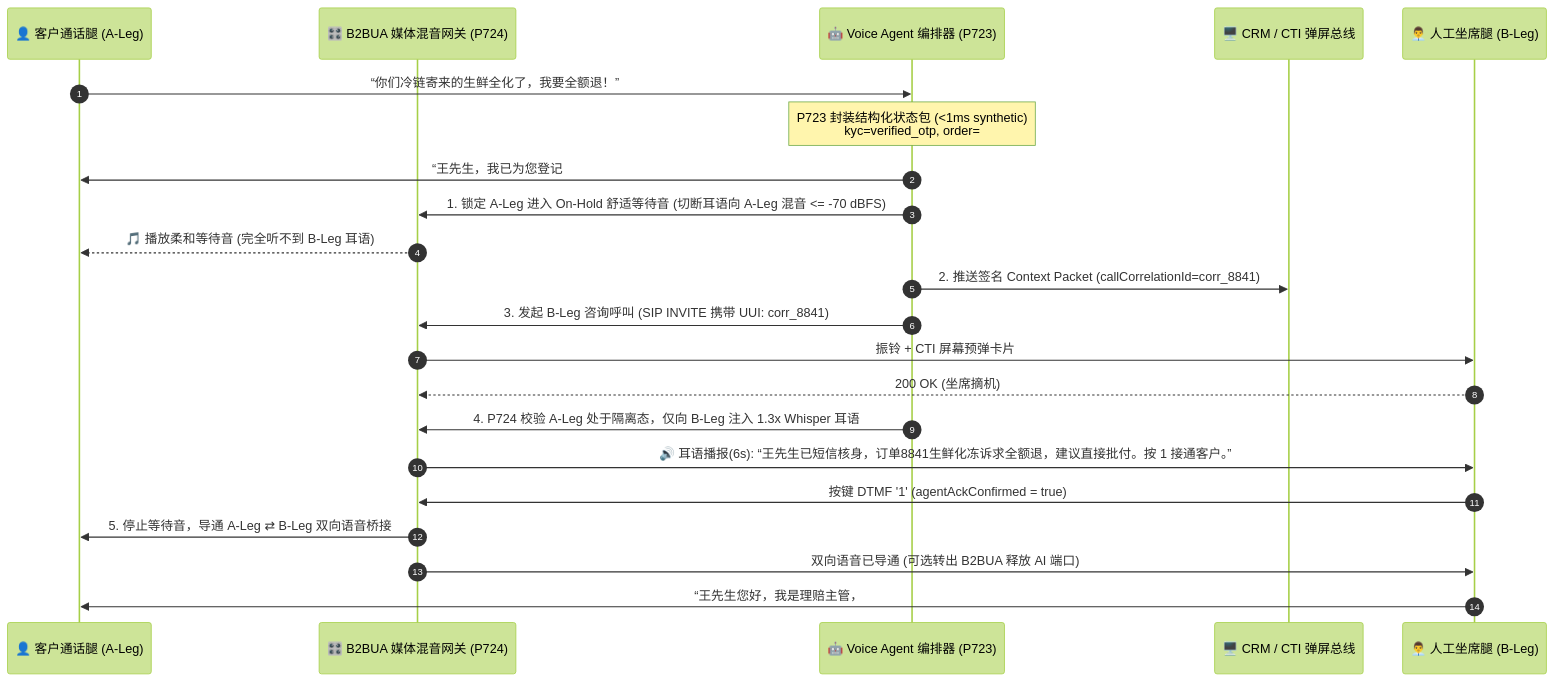
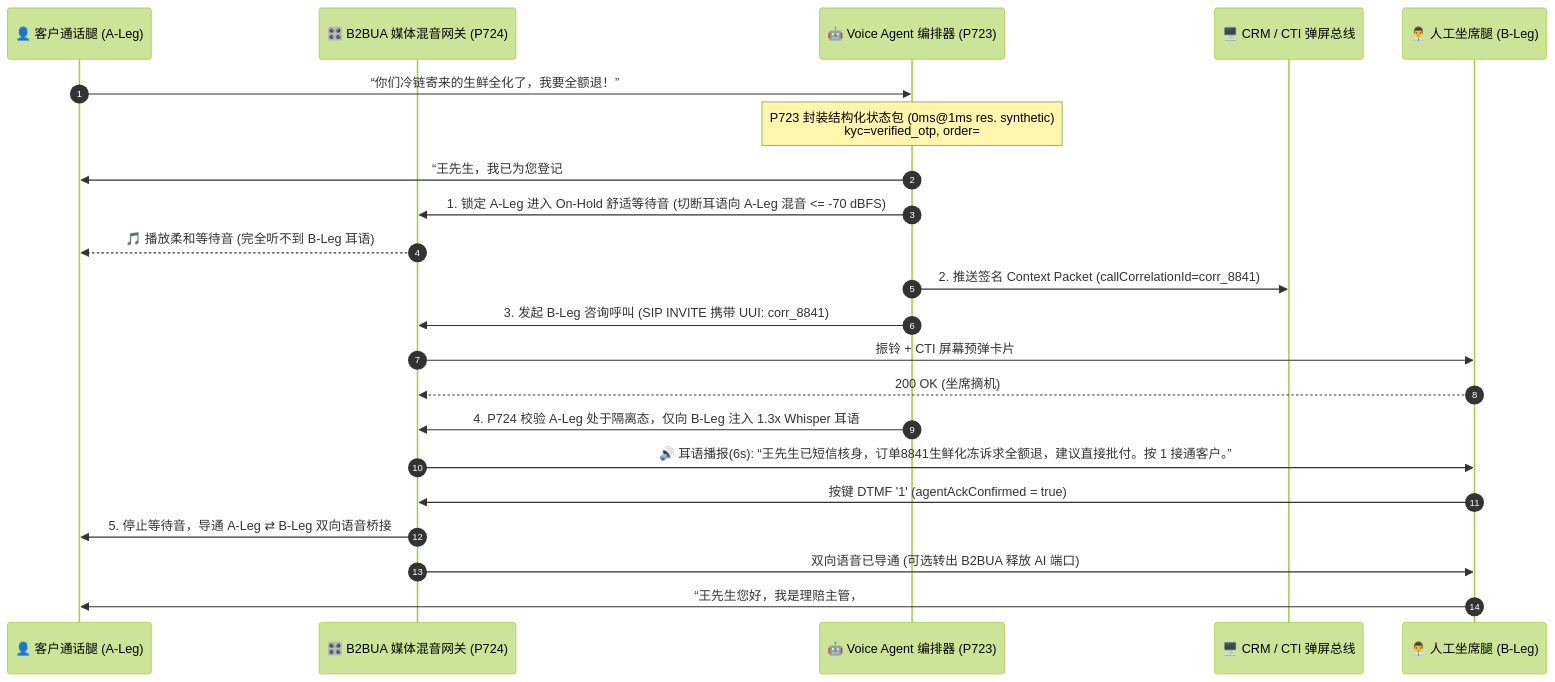
Before and after one commit to turbo998/turbo998.github.io: the third of 3 diagrams in voice/warm-transfer-whisper-handoff-faq.md, drawn with Mermaid (forest theme). The commit also changed other lines of this file and 43 other files, not shown here.

````diff
--- a/voice/warm-transfer-whisper-handoff-faq.md
+++ b/voice/warm-transfer-whisper-handoff-faq.md
@@ -119,25 +119,25 @@
 ```mermaid
 sequenceDiagram
     autonumber
     participant Caller as 👤 客户通话腿 (A-Leg)
     participant B2BUA as 🎛️ B2BUA 媒体混音网关 (P724)
     participant AgentAI as 🤖 Voice Agent 编排器 (P723)
     participant CTI as 🖥️ CRM / CTI 弹屏总线
     participant Human as 👨‍💼 人工坐席腿 (B-Leg)
 
     Caller->>AgentAI: “你们冷链寄来的生鲜全化了，我要全额退！”
-    Note over AgentAI: P723 封装结构化状态包 (<1ms synthetic)<br/>kyc=verified_otp, order=#8841, sentiment=high_risk
+    Note over AgentAI: P723 封装结构化状态包 (0ms@1ms res. synthetic)<br/>kyc=verified_otp, order=#8841, sentiment=high_risk
     AgentAI->>Caller: “王先生，我已为您登记 #8841 破损理赔，现在为您接入理赔主管直接办退款，无需重复说明，请稍候。”
     AgentAI->>B2BUA: 1. 锁定 A-Leg 进入 On-Hold 舒适等待音 (切断耳语向 A-Leg 混音 <= -70 dBFS)
     B2BUA-->>Caller: 🎵 播放柔和等待音 (完全听不到 B-Leg 耳语)
     AgentAI->>CTI: 2. 推送签名 Context Packet (callCorrelationId=corr_8841)
     AgentAI->>B2BUA: 3. 发起 B-Leg 咨询呼叫 (SIP INVITE 携带 UUI: corr_8841)
     B2BUA->>Human: 振铃 + CTI 屏幕预弹卡片
     Human-->>B2BUA: 200 OK (坐席摘机)
     AgentAI->>B2BUA: 4. P724 校验 A-Leg 处于隔离态，仅向 B-Leg 注入 1.3x Whisper 耳语
     B2BUA->>Human: 🔊 耳语播报(6s): “王先生已短信核身，订单8841生鲜化冻诉求全额退，建议直接批付。按 1 接通客户。”
     Human->>B2BUA: 按键 DTMF '1' (agentAckConfirmed = true)
     B2BUA->>Caller: 5. 停止等待音，导通 A-Leg ⇄ B-Leg 双向语音桥接
     B2BUA->>Human: 双向语音已导通 (可选转出 B2BUA 释放 AI 端口)
     Human->>Caller: “王先生您好，我是理赔主管，#8841 订单我已经看过了，现在直接给您退回原支付账户可以吗？”
 ```
````
